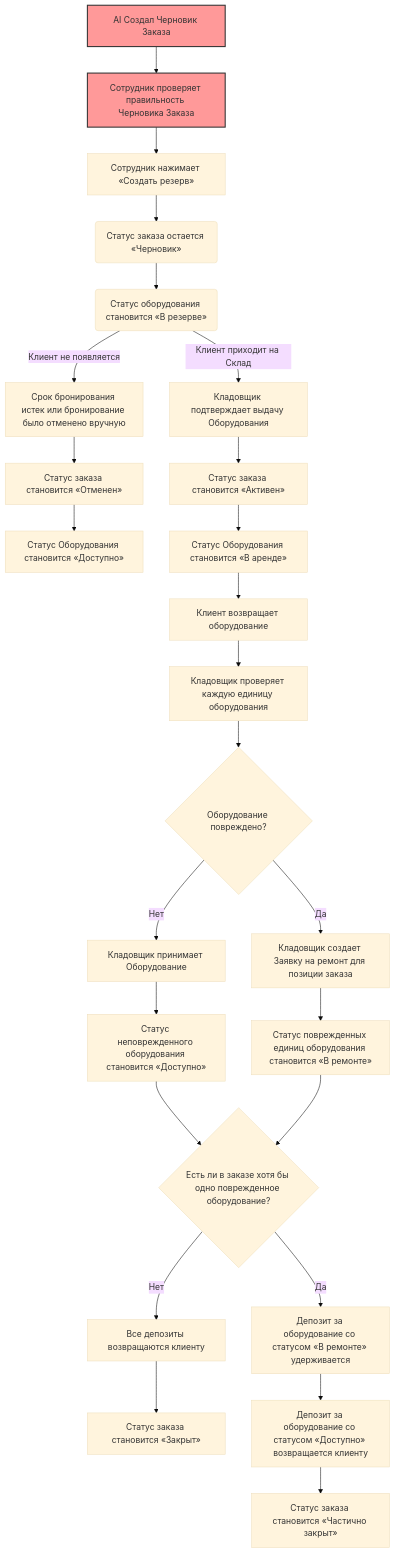
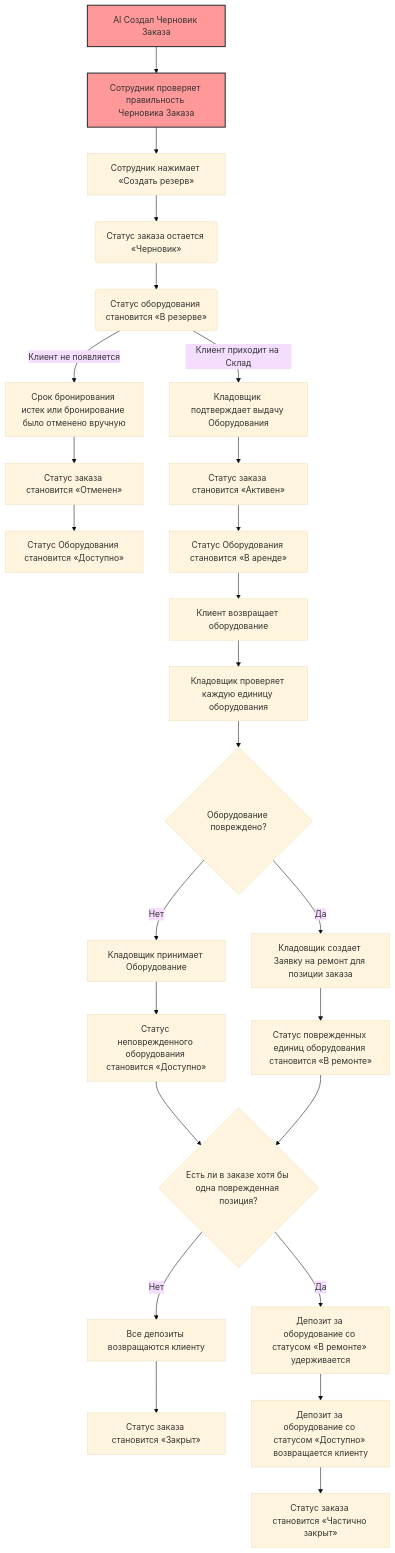
The diagram in flowchart4.md (Diamko94/rentals1), drawn with Mermaid (base theme) before and after one commit.

````diff
--- a/flowchart4.md
+++ b/flowchart4.md
@@ -1,45 +1,45 @@
 ```mermaid
 flowchart TD
 
  %% Выделение цветом
     style D0 fill:#ff9999,stroke:#333,stroke-width:2px
     style D00 fill:#ff9999,stroke:#333,stroke-width:2px
 
   
 
     %% Подтверждение
     D0[AI Создал Черновик Заказа]
     D0 --> D00[Сотрудник проверяет правильность Черновика Заказа]
 
     D00 --> D1[Сотрудник нажимает «Создать резерв»]
     D1 --> B(Статус заказа остается «Черновик»)
     B --> B1(Статус оборудования становится «В резерве»)
 
 
     %% Выдача
     B1 --> |Клиент приходит на Склад| I[Кладовщик подтверждает выдачу Оборудования]
     B1 --> |Клиент не появляется| E[Срок бронирования истек или бронирование было отменено вручную]
     E --> F[Статус заказа становится «Отменен»]
     I --> J[Статус заказа становится «Активен»]
     F --> C[Статус Оборудования становится «Доступно»]
     J --> X[Статус Оборудования становится «В аренде»]
 
     %% Возврат
     X --> K[Клиент возвращает оборудование]
     K --> L[Кладовщик проверяет каждую единицу оборудования]
     L --> M{Оборудование повреждено?}
     
     M --> |Да| P[Кладовщик создает Заявку на ремонт для позиции заказа]
     P --> R[Статус поврежденных единиц оборудования становится «В ремонте»]
     M --> |Нет| P1[Кладовщик принимает Оборудование]
     P1 --> T[Статус неповрежденного оборудования становится «Доступно»]
 
     %% Расчет
-    T --> N{Есть ли в заказе хотя бы одно поврежденное оборудование?}
+    T --> N{Есть ли в заказе хотя бы одна поврежденная позиция?}
     R --> N
     N --> |Нет| Q[Все депозиты возвращаются клиенту]
     Q --> V[Статус заказа становится «Закрыт»]
     N --> |Да| S[Депозит за оборудование со статусом «В ремонте» удерживается]
     S --> U[Депозит за оборудование со статусом «Доступно» возвращается клиенту]
     U --> W[Статус заказа становится «Частично закрыт»]
 ```
````
